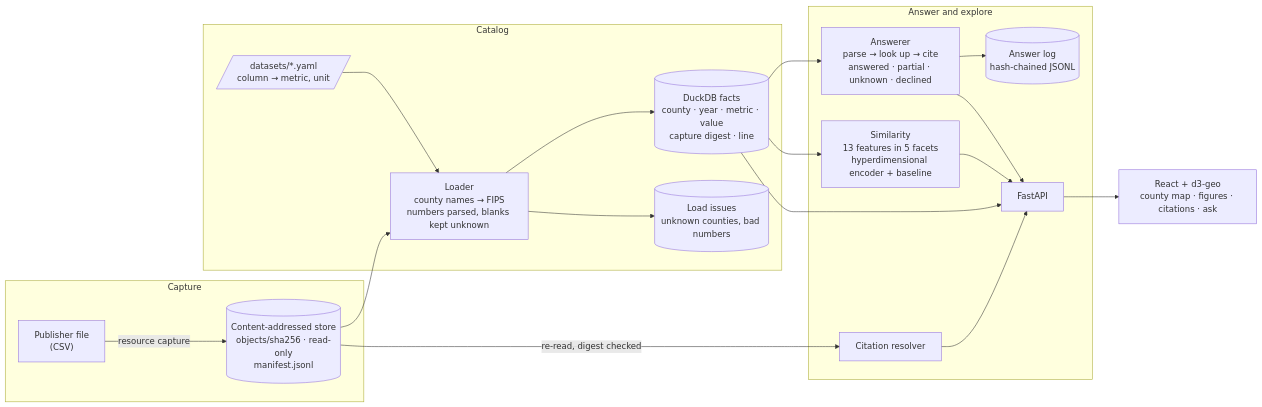
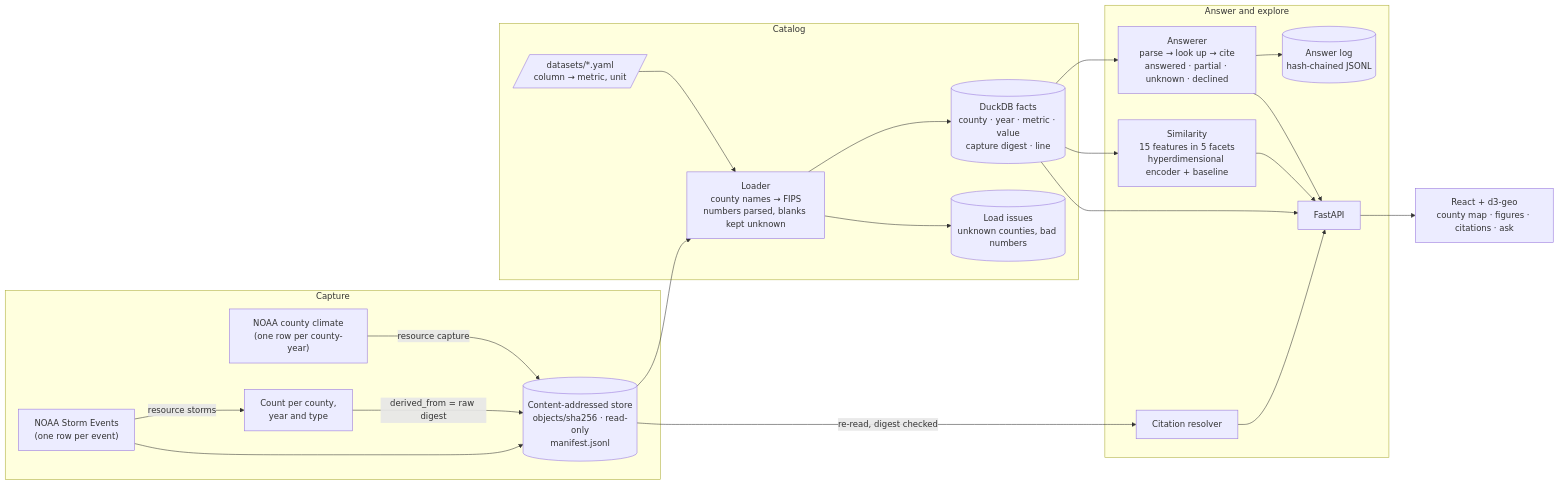
One commit to 10vin10-cmd/resource-information-platform changed the diagram in README.md. Above: the diagram before and after it, drawn with Mermaid. The commit also changed other lines of this file and 31 other files, not shown here.

Commit message:
Switch to NOAA weather data: county climate and severe weather events

````diff
--- a/README.md
+++ b/README.md
@@ -26,22 +26,25 @@
 ```mermaid
 flowchart LR
     subgraph capture ["Capture"]
-        file["Publisher file<br/>(CSV)"] -->|"resource capture"| store[("Content-addressed store<br/>objects/sha256 · read-only<br/>manifest.jsonl")]
+        climate["NOAA county climate<br/>(one row per county-year)"] -->|"resource capture"| store[("Content-addressed store<br/>objects/sha256 · read-only<br/>manifest.jsonl")]
+        events["NOAA Storm Events<br/>(one row per event)"] -->|"resource storms"| count["Count per county,<br/>year and type"]
+        events --> store
+        count -->|"derived_from = raw digest"| store
     end
     subgraph catalog ["Catalog"]
         spec[/"datasets/*.yaml<br/>column → metric, unit"/] --> load["Loader<br/>county names → FIPS<br/>numbers parsed, blanks kept unknown"]
         store --> load
         load --> facts[("DuckDB facts<br/>county · year · metric · value<br/>capture digest · line")]
         load --> issues[("Load issues<br/>unknown counties, bad numbers")]
     end
     subgraph serve ["Answer and explore"]
         facts --> ask["Answerer<br/>parse → look up → cite<br/>answered · partial · unknown · declined"]
         ask --> log[("Answer log<br/>hash-chained JSONL")]
-        facts --> sim["Similarity<br/>13 features in 5 facets<br/>hyperdimensional encoder + baseline"]
+        facts --> sim["Similarity<br/>15 features in 5 facets<br/>hyperdimensional encoder + baseline"]
         facts --> api["FastAPI"]
         ask --> api
         sim --> api
         store -->|"re-read, digest checked"| cite["Citation resolver"] --> api
     end
     api --> web["React + d3-geo<br/>county map · figures · citations · ask"]
 ```
````
